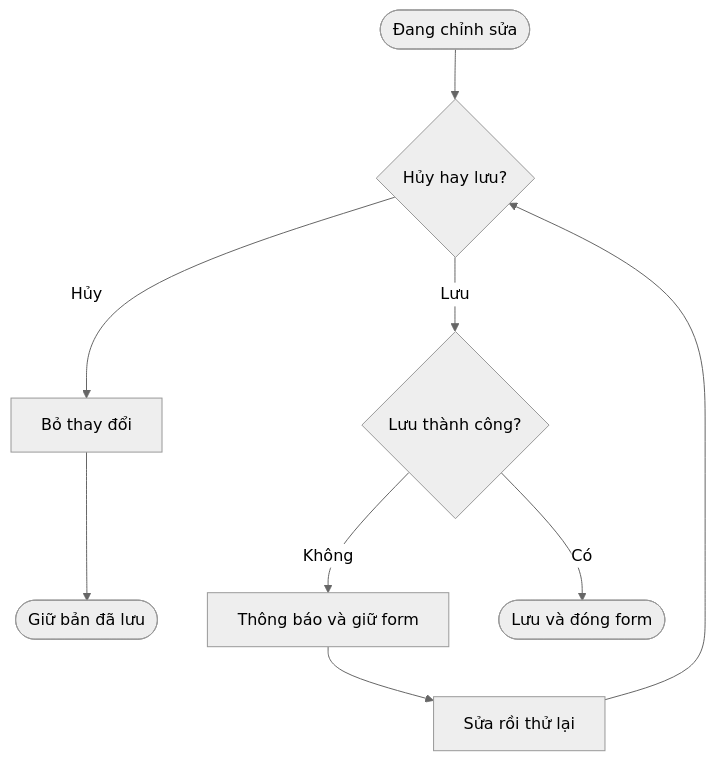
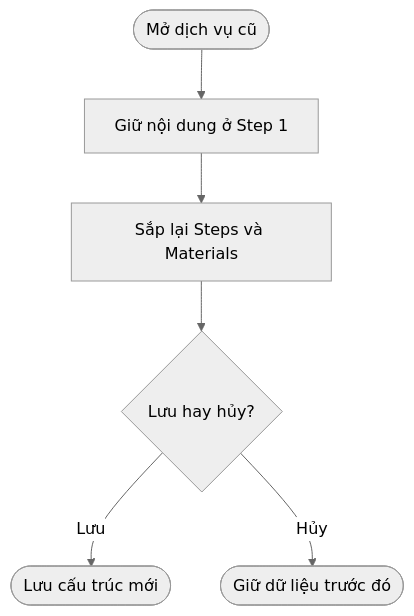
The second of 2 diagrams in docs/business/service-steps-materials.md (maivtn/taxiq), drawn with Mermaid (neutral theme) before and after one commit. The commit also changed other lines of this file and 3 other files, not shown here.

Commit message:
feat(pos): split service instructions into steps and materials

````diff
--- a/docs/business/service-steps-materials.md
+++ b/docs/business/service-steps-materials.md
@@ -98,11 +95,8 @@
 ```mermaid
 flowchart TD
-    A([Đang chỉnh sửa]) --> B{Hủy hay lưu?}
-    B -- Hủy --> C[Bỏ thay đổi]
-    C --> D([Giữ bản đã lưu])
-    B -- Lưu --> E{Lưu thành công?}
-    E -- Không --> F[Thông báo và giữ form]
-    F --> G[Sửa rồi thử lại]
-    G --> B
-    E -- Có --> H([Lưu và đóng form])
+    A([Mở dịch vụ cũ]) --> B[Giữ nội dung ở Step 1]
+    B --> C[Sắp lại Steps và Materials]
+    C --> D{Lưu hay hủy?}
+    D -- Lưu --> E([Lưu cấu trúc mới])
+    D -- Hủy --> F([Giữ dữ liệu trước đó])
 ```
````
